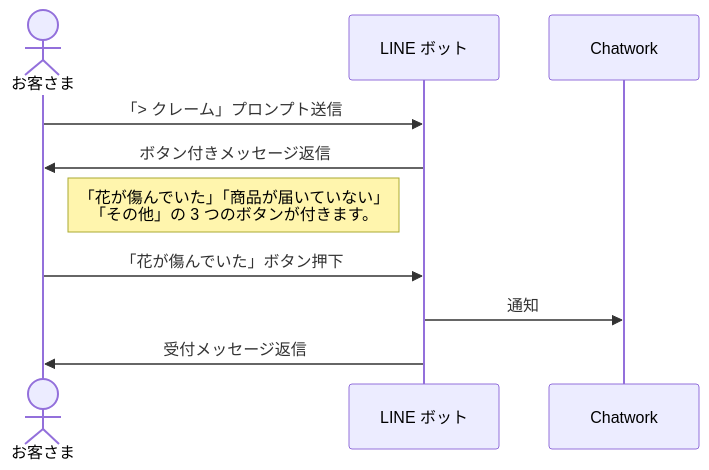
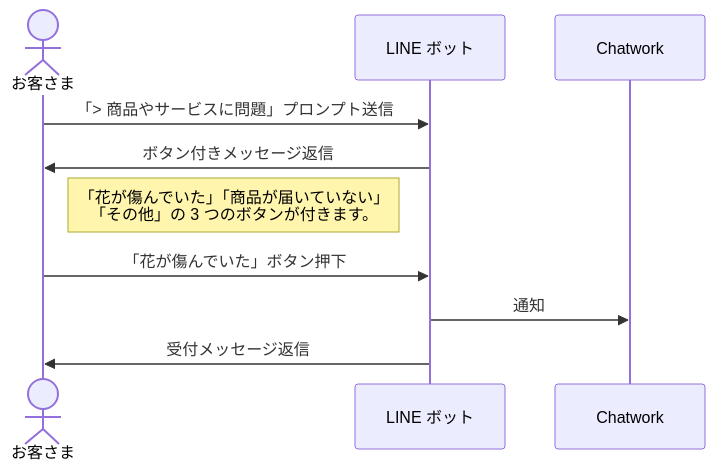
The fifth of 12 diagrams in articles/customer-support-automation-line-bot-development.md (tatsuyasusukida/zenn-content), drawn with Mermaid before and after one commit. The commit also changed other lines of this file, not shown here.

Commit message:
お問い合わせ対応自動化 LINE ボット開発の経験談が完成しました。

````diff
--- a/articles/customer-support-automation-line-bot-development.md
+++ b/articles/customer-support-automation-line-bot-development.md
@@ -168,10 +176,10 @@
 ```mermaid
 sequenceDiagram
   actor Customer as お客さま
-  Customer->>LINE ボット: 「> クレーム」プロンプト送信
+  Customer->>LINE ボット: 「> 商品やサービスに問題」プロンプト送信
   LINE ボット->>Customer: ボタン付きメッセージ返信
   Note right of Customer: 「花が傷んでいた」「商品が届いていない」<br/>「その他」の 3 つのボタンが付きます。
   Customer->>LINE ボット: 「花が傷んでいた」ボタン押下
   LINE ボット->>Chatwork: 通知
   LINE ボット->>Customer: 受付メッセージ返信
 ```
````
